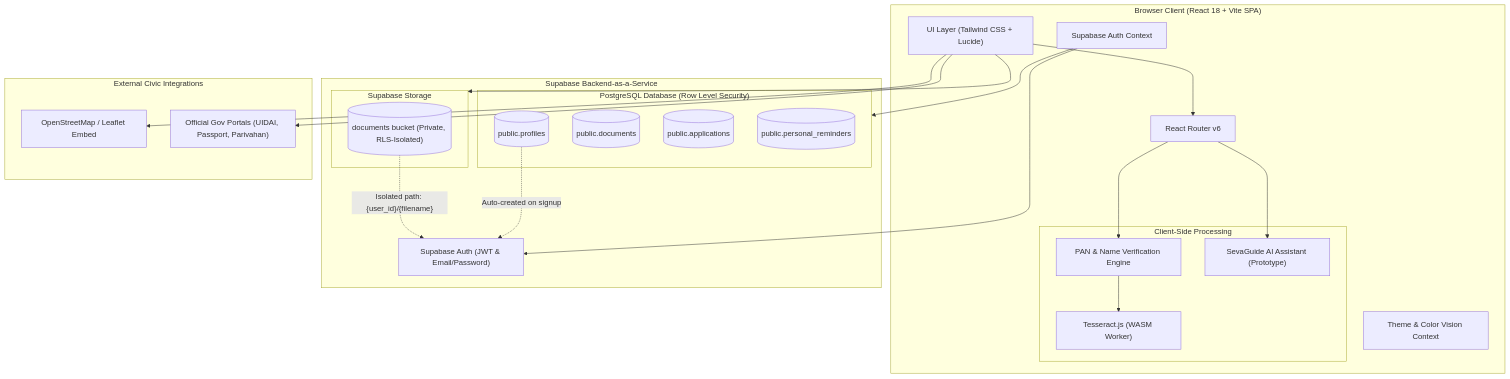
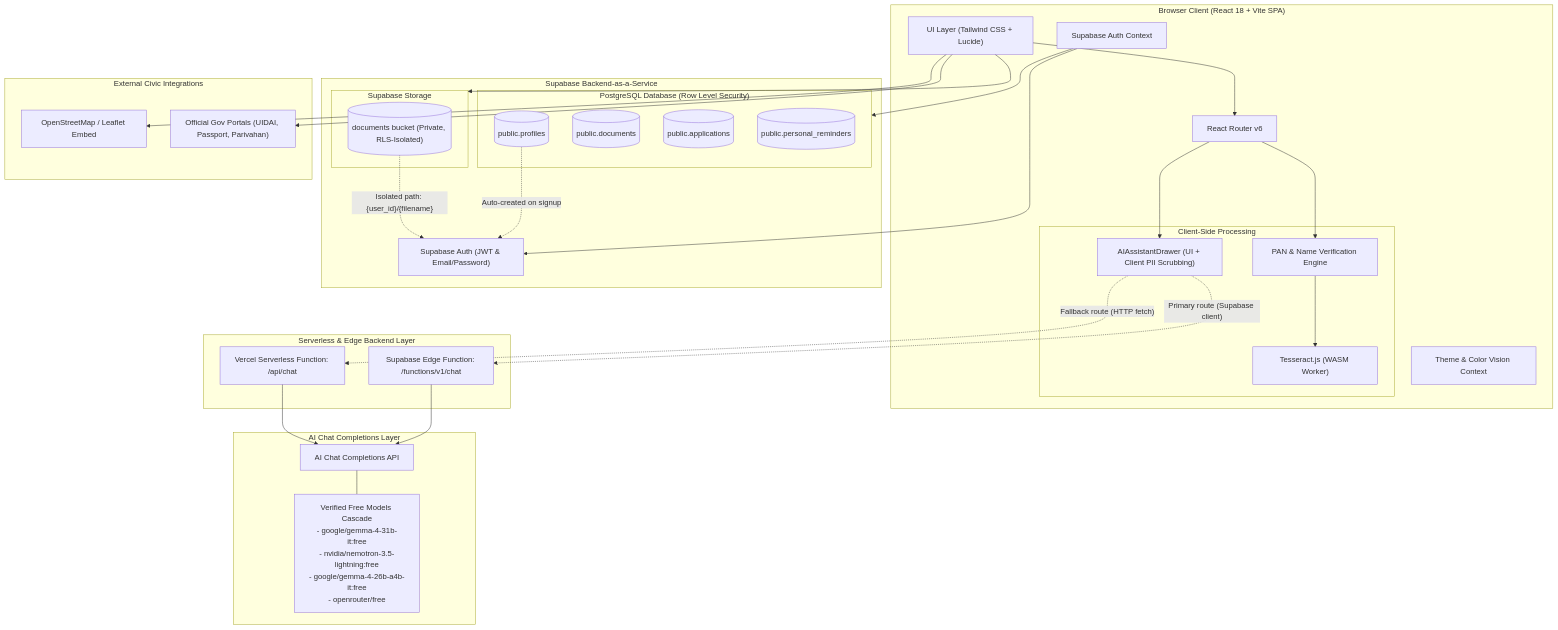
The diagram in README.md (priyanshubot/SevaGuide), drawn with Mermaid before and after one commit. The commit also changed other lines of this file, not shown here.

Commit message:
docs: update README with AI civic assistant architecture, configuration and directory structure

````diff
--- a/README.md
+++ b/README.md
@@ -203,50 +212,66 @@
 ```mermaid
 flowchart TD
     subgraph BrowserClient["Browser Client (React 18 + Vite SPA)"]
         UI["UI Layer (Tailwind CSS + Lucide)"]
         Router["React Router v6"]
         Theme["Theme & Color Vision Context"]
         AuthCtx["Supabase Auth Context"]
         
         subgraph ClientEngines["Client-Side Processing"]
             OCR["Tesseract.js (WASM Worker)"]
             DocVerify["PAN & Name Verification Engine"]
-            AIChat["SevaGuide AI Assistant (Prototype)"]
+            AIChat["AIAssistantDrawer (UI + Client PII Scrubbing)"]
         end
+    end
+
+    subgraph ServerlessAndEdge["Serverless & Edge Backend Layer"]
+        SupabaseEdge["Supabase Edge Function: /functions/v1/chat"]
+        VercelAPI["Vercel Serverless Function: /api/chat"]
     end
 
     subgraph SupabaseBaaS["Supabase Backend-as-a-Service"]
         AuthService["Supabase Auth (JWT & Email/Password)"]
         
         subgraph PostgresDB["PostgreSQL Database (Row Level Security)"]
             TableProfiles[("public.profiles")]
             TableDocs[("public.documents")]
             TableApps[("public.applications")]
             TableReminders[("public.personal_reminders")]
         end
         
         subgraph StorageService["Supabase Storage"]
             PrivateBucket[("documents bucket (Private, RLS-Isolated)")]
         end
     end
 
+    subgraph AIProviders["AI Chat Completions Layer"]
+        LLM["AI Chat Completions API"]
+        ModelCascade["Verified Free Models Cascade<br/>- google/gemma-4-31b-it:free<br/>- nvidia/nemotron-3.5-lightning:free<br/>- google/gemma-4-26b-a4b-it:free<br/>- openrouter/free"]
+    end
+
     subgraph ExternalServices["External Civic Integrations"]
         OSM["OpenStreetMap / Leaflet Embed"]
         GovPortals["Official Gov Portals (UIDAI, Passport, Parivahan)"]
     end
 
     UI --> Router
     Router --> DocVerify
     Router --> AIChat
     DocVerify --> OCR
     
+    AIChat -. "Primary route (Supabase client)" .-> SupabaseEdge
+    AIChat -. "Fallback route (HTTP fetch)" .-> VercelAPI
+    SupabaseEdge --> LLM
+    VercelAPI --> LLM
+    LLM --- ModelCascade
+
     AuthCtx --> AuthService
     AuthCtx --> PostgresDB
     UI --> StorageService
     
     TableProfiles -. "Auto-created on signup" .-> AuthService
     PrivateBucket -. "Isolated path: {user_id}/{filename}" .-> AuthService
 
     UI --> OSM
     UI --> GovPortals
 ```
````
